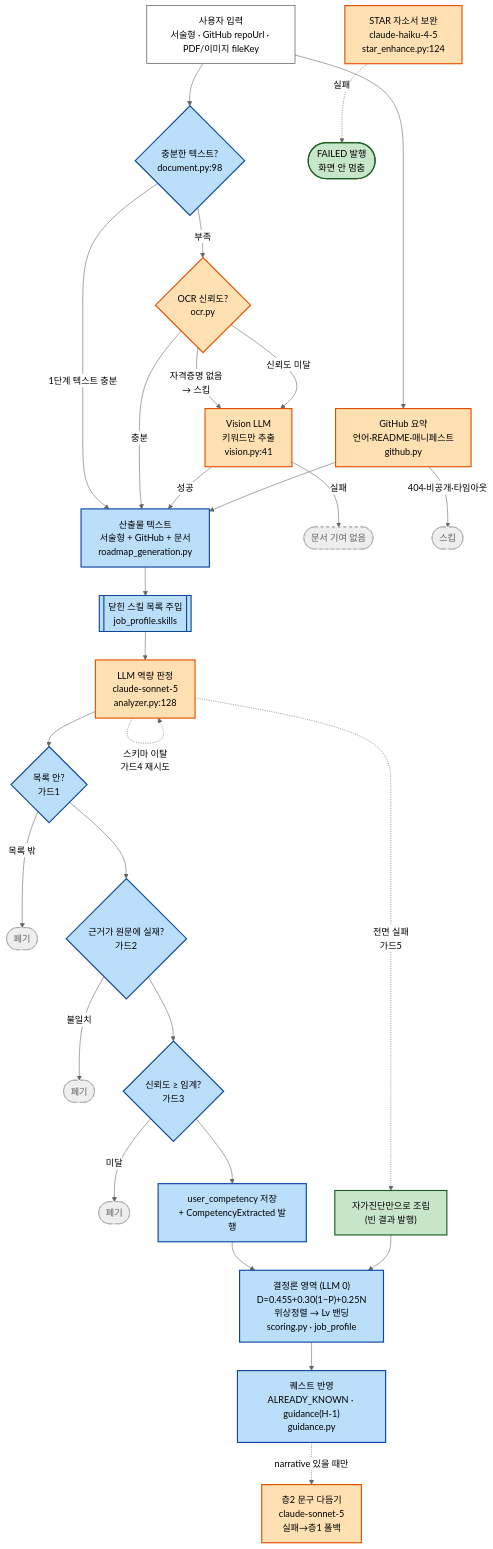
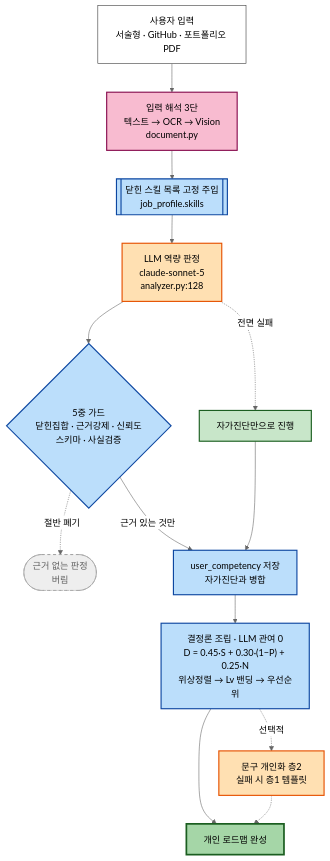
One commit to myith-sw/myith-worker changed the first of 3 diagrams in docs/ai-pipeline.md. Above: the diagram before and after it, drawn with Mermaid (neutral theme). The commit also changed other lines of this file, not shown here.

First line of the commit message:
docs: ai-pipeline 다이어그램 3장 교체 — 판독성 단순화(그림1) + 가드 깔때기 정리(그림2) + 장애주입 강화(그림3)

````diff
--- a/docs/ai-pipeline.md
+++ b/docs/ai-pipeline.md
@@ -7,53 +11,28 @@
 ```mermaid
-flowchart TD
-    IN["사용자 입력<br/>서술형 · GitHub repoUrl · PDF/이미지 fileKey"]:::input
+flowchart TB
+    IN["사용자 입력<br/>서술형 · GitHub · 포트폴리오 PDF"]:::input
 
-    %% ── 입력 해석 (G-4 3단 하이브리드, 페이지 단위) ──
-    IN --> DOC{"충분한 텍스트?<br/>document.py:98"}:::det
-    DOC -->|"1단계 텍스트 충분"| CONTENT
-    DOC -->|"부족"| OCR{"OCR 신뢰도?<br/>ocr.py"}:::llm
-    OCR -->|"자격증명 없음<br/>→ 스킵"| VIS
-    OCR -->|"신뢰도 미달"| VIS
-    OCR -->|"충분"| CONTENT
-    VIS["Vision LLM<br/>키워드만 추출<br/>vision.py:41"]:::llm
-    VIS -->|"성공"| CONTENT
-    VIS -->|"실패"| DROPDOC(["문서 기여 없음"]):::drop
-    GH["GitHub 요약<br/>언어·README·매니페스트<br/>github.py"]:::llm
-    IN --> GH
-    GH -->|"404·비공개·타임아웃"| DROPGH(["스킵"]):::drop
-    GH --> CONTENT
+    IN --> PARSE["입력 해석 3단<br/>텍스트 → OCR → Vision<br/>document.py"]:::mix
+    PARSE --> SET[["닫힌 스킬 목록 고정 주입<br/>job_profile.skills"]]:::det
+    SET --> LLM["LLM 역량 판정<br/>claude-sonnet-5<br/>analyzer.py:128"]:::llm
 
-    CONTENT["산출물 텍스트<br/>서술형 + GitHub + 문서<br/>roadmap_generation.py"]:::det
+    LLM --> GUARD{"5중 가드<br/>닫힌집합 · 근거강제 · 신뢰도<br/>스키마 · 사실검증"}:::det
+    GUARD -. "절반 폐기" .-> DROP(["근거 없는 판정<br/>버림"]):::drop
+    GUARD -->|"근거 있는 것만"| MERGE["user_competency 저장<br/>자가진단과 병합"]:::det
 
-    %% ── LLM 근거 판정 (G-5, 닫힌 분류) ──
-    CONTENT --> SKILLS[["닫힌 스킬 목록 주입<br/>job_profile.skills"]]:::det
-    SKILLS --> LLM["LLM 역량 판정<br/>claude-sonnet-5<br/>analyzer.py:128"]:::llm
+    LLM -. "전면 실패" .-> FB["자가진단만으로 진행"]:::fb
+    FB --> MERGE
 
-    %% ── 가드 5중 ──
-    LLM --> G1{"목록 안?<br/>가드1"}:::det
-    G1 -->|"목록 밖"| D1(["폐기"]):::drop
-    G1 --> G2{"근거가 원문에 실재?<br/>가드2"}:::det
-    G2 -->|"불일치"| D2(["폐기"]):::drop
-    G2 --> G3{"신뢰도 ≥ 임계?<br/>가드3"}:::det
-    G3 -->|"미달"| D3(["폐기"]):::drop
-    G3 --> ACC["user_competency 저장<br/>+ CompetencyExtracted 발행"]:::det
+    MERGE --> DET["결정론 조립 · LLM 관여 0<br/>D = 0.45·S + 0.30·(1−P) + 0.25·N<br/>위상정렬 → Lv 밴딩 → 우선순위"]:::det
+    DET --> OUT["개인 로드맵 완성"]:::out
+    DET -. "선택적" .-> L2["문구 개인화 층2<br/>실패 시 층1 템플릿"]:::llm
+    L2 -.-> OUT
 
-    LLM -.->|"스키마 이탈<br/>가드4 재시도"| LLM
-    LLM -.->|"전면 실패<br/>가드5"| FB["자가진단만으로 조립<br/>(빈 결과 발행)"]:::fallback
-
-    %% ── 결정론 영역 (LLM 없음) ──
-    ACC --> DET["결정론 영역 (LLM 0)<br/>D=0.45S+0.30(1−P)+0.25N<br/>위상정렬 → Lv 밴딩<br/>scoring.py · job_profile"]:::det
-    FB --> DET
-    DET --> QUEST["퀘스트 반영<br/>ALREADY_KNOWN · guidance(H-1)<br/>guidance.py"]:::det
-
-    %% ── H-1 층2 / H-2 (선택적 LLM) ──
-    QUEST -.->|"narrative 있을 때만"| L2["층2 문구 다듬기<br/>claude-sonnet-5<br/>실패→층1 폴백"]:::llm
-    STAR["STAR 자소서 보완<br/>claude-haiku-4-5<br/>star_enhance.py:124"]:::llm
-    STAR -.->|"실패"| SFAIL(["FAILED 발행<br/>화면 안 멈춤"]):::fallback
-
-    classDef llm fill:#ffe0b2,stroke:#e65100,stroke-width:2px,color:#000;
-    classDef det fill:#bbdefb,stroke:#0d47a1,stroke-width:2px,color:#000;
-    classDef drop fill:#eeeeee,stroke:#9e9e9e,stroke-dasharray:5 5,color:#616161;
-    classDef fallback fill:#c8e6c9,stroke:#1b5e20,stroke-width:2px,color:#000;
-    classDef input fill:#fff,stroke:#333,stroke-width:1px,color:#000;
+    classDef llm fill:#ffe0b2,stroke:#e65100,stroke-width:2px,color:#000
+    classDef det fill:#bbdefb,stroke:#0d47a1,stroke-width:2px,color:#000
+    classDef mix fill:#f8bbd0,stroke:#880e4f,stroke-width:2px,color:#000
+    classDef drop fill:#eeeeee,stroke:#9e9e9e,stroke-dasharray:5 5,color:#616161
+    classDef fb fill:#c8e6c9,stroke:#1b5e20,stroke-width:2px,color:#000
+    classDef input fill:#fff,stroke:#333,color:#000
+    classDef out fill:#a5d6a7,stroke:#1b5e20,stroke-width:3px,color:#000
 ```
````
